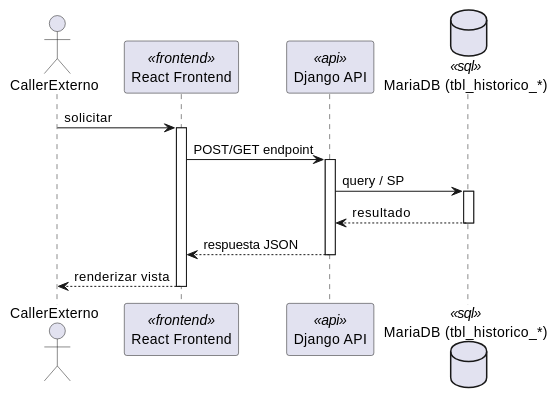
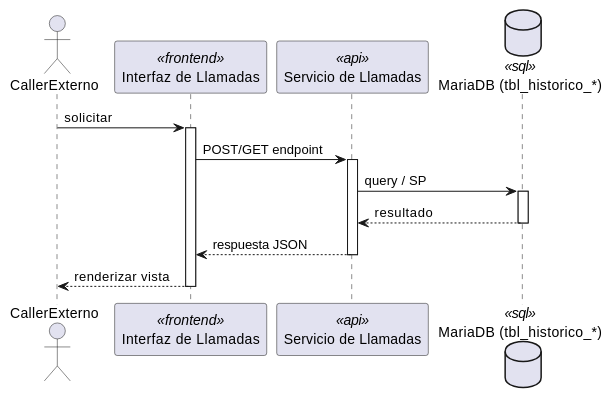
One commit to jcg-admin/IACT-docs changed the first of 2 diagrams in source/arquitectura-tecnica/DesignView/cli-01.rst. Above: the diagram before and after it, drawn with PlantUML. The commit also changed other lines of this file and 243 other files, not shown here.

First line of the commit message:
Add missing diagrams and fix participant names across Kruchten views

```diff
--- a/source/arquitectura-tecnica/DesignView/cli-01.rst
+++ b/source/arquitectura-tecnica/DesignView/cli-01.rst
@@ -22,28 +22,28 @@
 .. uml::
  :caption: UC_CLI_01 — Design View (secuencia)
 
  @startuml
 
  actor "CallerExterno" as CallerExterno
- participant "React Frontend" as Frontend <<frontend>>
- participant "Django API" as APIServer <<api>>
- database "MariaDB (tbl_historico_*)" as BaseDatos <<sql>>
+ participant "Interfaz de Llamadas" as Iface <<frontend>>
+ participant "Servicio de Llamadas" as SvcNode <<api>>
+ database "MariaDB (tbl_historico_*)" as Store <<sql>>
 
- CallerExterno -> Frontend : solicitar
- activate Frontend
+ CallerExterno -> Iface : solicitar
+ activate Iface
 
- Frontend -> APIServer : POST/GET endpoint
- activate APIServer
+ Iface -> SvcNode : POST/GET endpoint
+ activate SvcNode
 
- APIServer -> BaseDatos : query / SP
- activate BaseDatos
- BaseDatos --> APIServer : resultado
- deactivate BaseDatos
+ SvcNode -> Store : query / SP
+ activate Store
+ Store --> SvcNode : resultado
+ deactivate Store
 
- APIServer --> Frontend : respuesta JSON
- deactivate APIServer
+ SvcNode --> Iface : respuesta JSON
+ deactivate SvcNode
 
- Frontend --> CallerExterno : renderizar vista
- deactivate Frontend
+ Iface --> CallerExterno : renderizar vista
+ deactivate Iface
 
  @enduml
```
